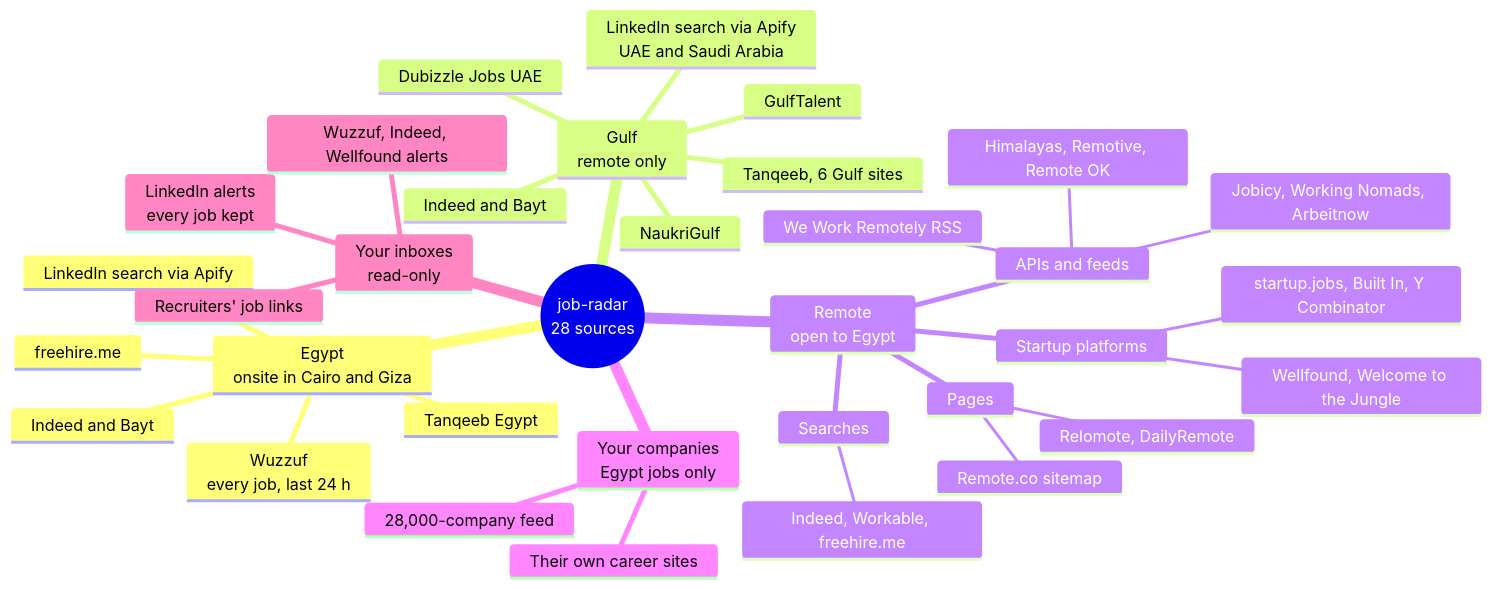
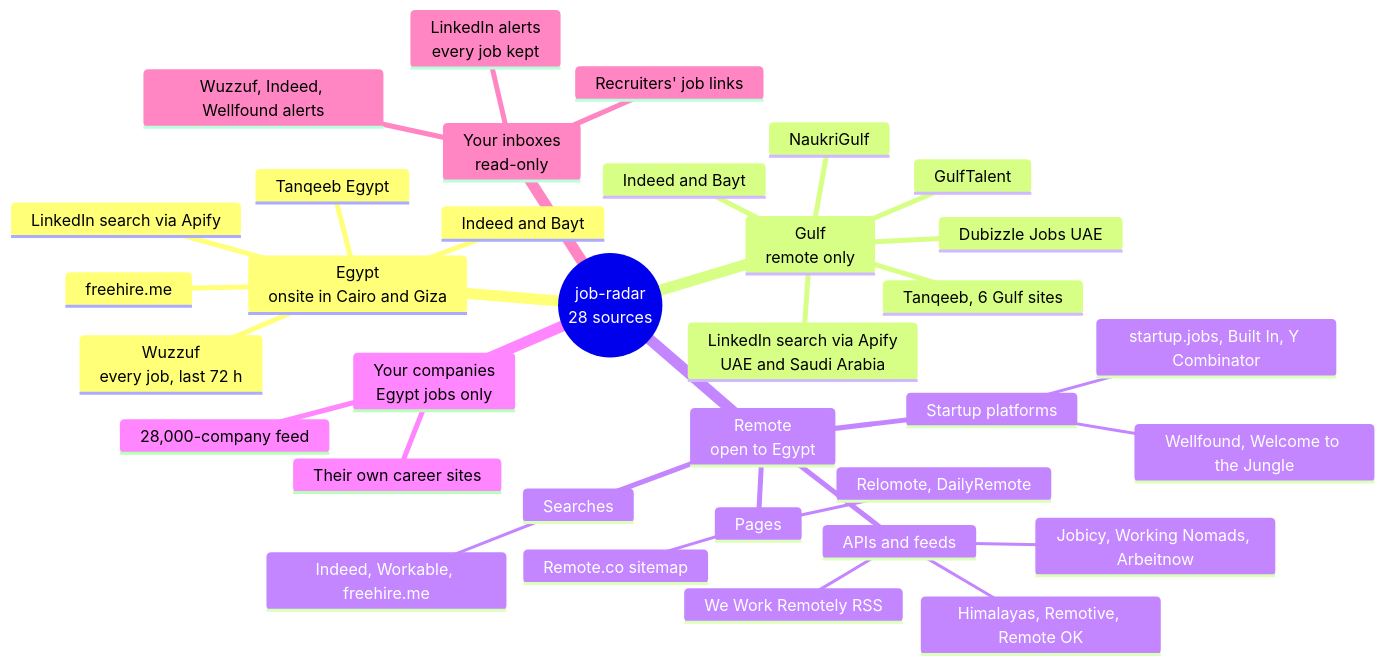
One commit to omarshalabyy1/job-radar changed the second of 5 diagrams in docs/architecture.md. Above: the diagram before and after it, drawn with Mermaid. The commit also changed 7 other files, not shown here.

````diff
--- a/docs/architecture.md
+++ b/docs/architecture.md
@@ -47,39 +47,39 @@
 ```mermaid
 %% mindmap: where every job comes from, grouped by Omar's place rule
 %% Egypt (onsite or hybrid in Cairo and Giza) | Gulf (remote only) | Remote (open to Egypt) | your companies | your inboxes
 mindmap
   root((job-radar<br>28 sources))
     Egypt<br>onsite in Cairo and Giza
-      Wuzzuf<br>every job, last 24 h
+      Wuzzuf<br>every job, last 72 h
       Tanqeeb Egypt
       Indeed and Bayt
       freehire.me
       LinkedIn search via Apify
     Gulf<br>remote only
       NaukriGulf
       GulfTalent
       Dubizzle Jobs UAE
       Tanqeeb, 6 Gulf sites
       Indeed and Bayt
       LinkedIn search via Apify<br>UAE and Saudi Arabia
     Remote<br>open to Egypt
       APIs and feeds
         Himalayas, Remotive, Remote OK
         Jobicy, Working Nomads, Arbeitnow
         We Work Remotely RSS
       Pages
         Relomote, DailyRemote
         Remote.co sitemap
       Searches
         Indeed, Workable, freehire.me
       Startup platforms
         Wellfound, Welcome to the Jungle
         startup.jobs, Built In, Y Combinator
     Your companies<br>Egypt jobs only
       Their own career sites
       28,000-company feed
     Your inboxes<br>read-only
       LinkedIn alerts<br>every job kept
       Wuzzuf, Indeed, Wellfound alerts
       Recruiters' job links
 ```
````
